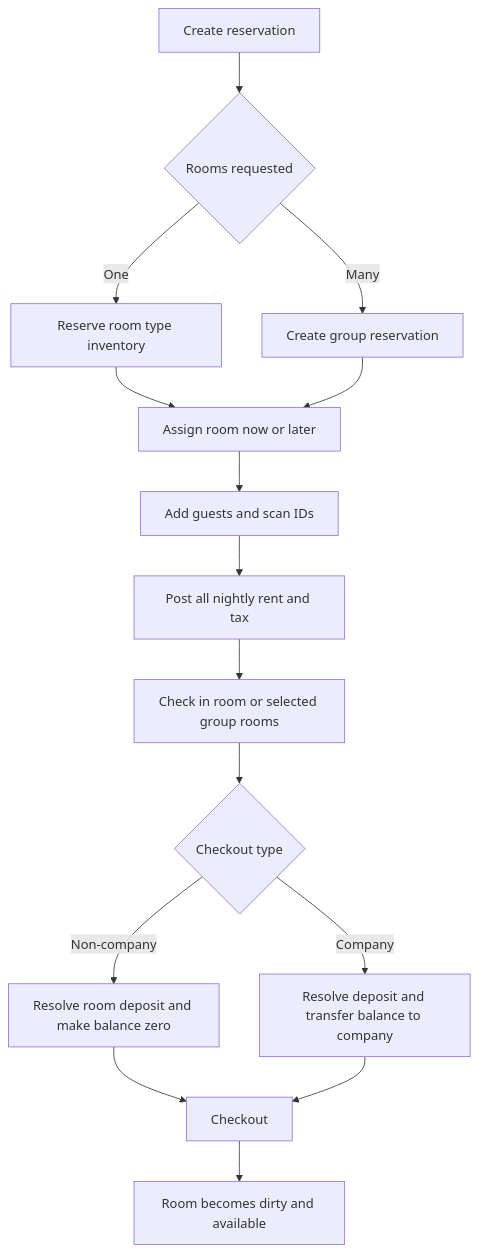
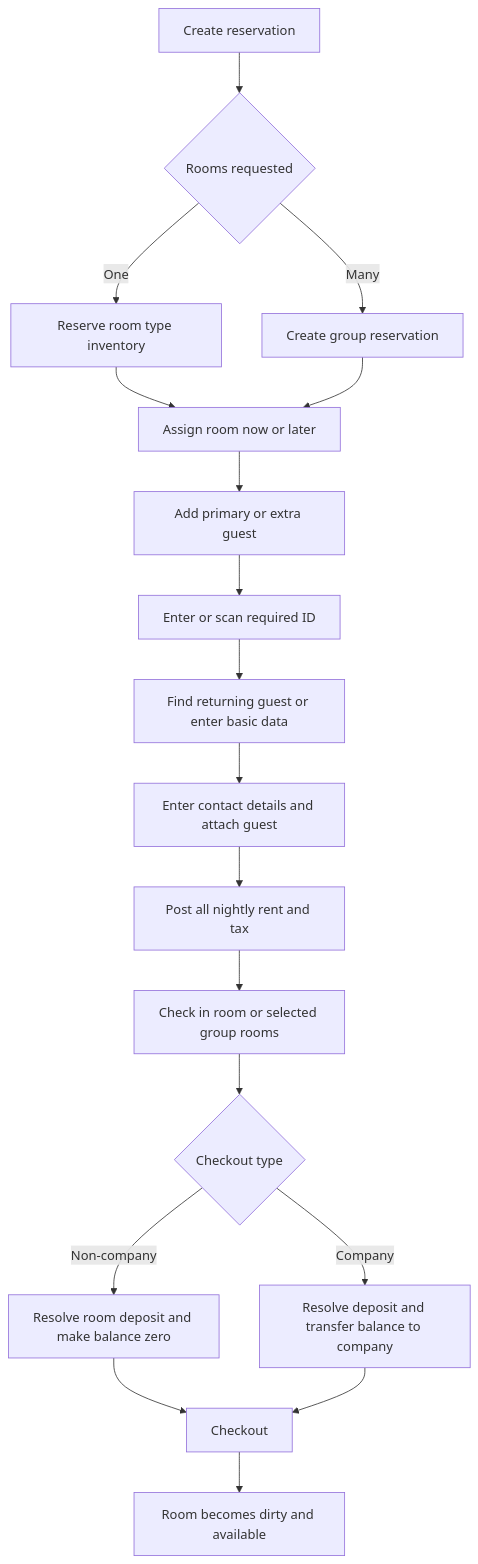
Before and after one commit to axellonecommerce-pixel/Hotel-PMS-Backend: the first of 11 diagrams in docs/user-flow.md, drawn with Mermaid. The commit also changed 1 other file, not shown here.

Commit message:
Document updated guest and payment workflows

````diff
--- a/docs/user-flow.md
+++ b/docs/user-flow.md
@@ -7,17 +7,20 @@
 ```mermaid
 flowchart TD
   A[Create reservation] --> B{Rooms requested}
   B -->|One| C[Reserve room type inventory]
   B -->|Many| D[Create group reservation]
   C --> E[Assign room now or later]
   D --> E
-  E --> F[Add guests and scan IDs]
-  F --> G[Post all nightly rent and tax]
+  E --> F[Add primary or extra guest]
+  F --> F1[Enter or scan required ID]
+  F1 --> F2[Find returning guest or enter basic data]
+  F2 --> F3[Enter contact details and attach guest]
+  F3 --> G[Post all nightly rent and tax]
   G --> H[Check in room or selected group rooms]
   H --> I{Checkout type}
   I -->|Non-company| J[Resolve room deposit and make balance zero]
   I -->|Company| K[Resolve deposit and transfer balance to company]
   J --> L[Checkout]
   K --> L
   L --> M[Room becomes dirty and available]
 ```
````
